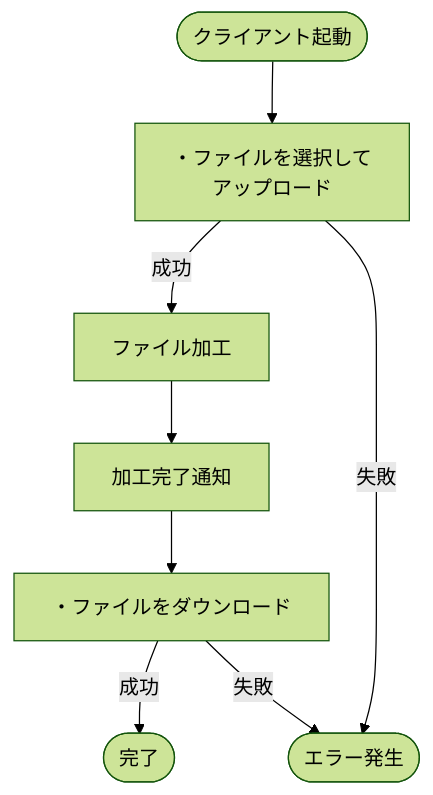
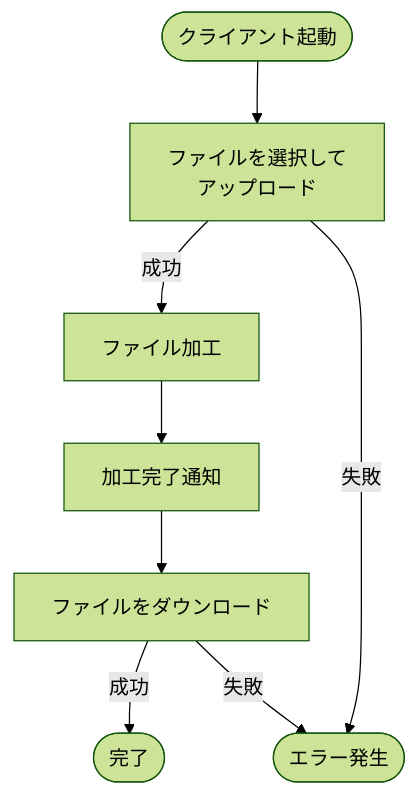
Before and after one commit to BackendExplorer/Video-Processor: the first of 4 diagrams in README.md, drawn with Mermaid (forest theme).

````diff
--- a/README.md
+++ b/README.md
@@ -168,17 +168,17 @@
 ```mermaid
 flowchart TD
     Start(["クライアント起動"])
-    アップロード["・ファイルを選択して<br>アップロード"]
+    アップロード["ファイルを選択して<br>アップロード"]
     加工["ファイル加工"]
     通知["加工完了通知"]
-    ダウンロード["・ファイルをダウンロード"]
+    ダウンロード["ファイルをダウンロード"]
     完了(["完了"])
     エラー(["エラー発生"])
 
     Start --> アップロード
     アップロード -- 成功 --> 加工
     アップロード -- 失敗 --> エラー
     加工 --> 通知 --> ダウンロード
     ダウンロード -- 成功 --> 完了
     ダウンロード -- 失敗 --> エラー
 ```
````
